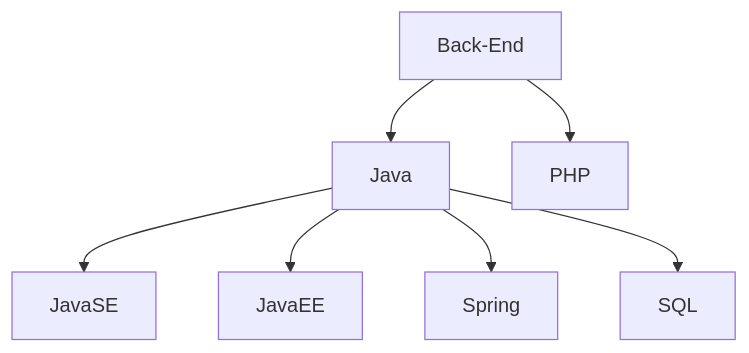
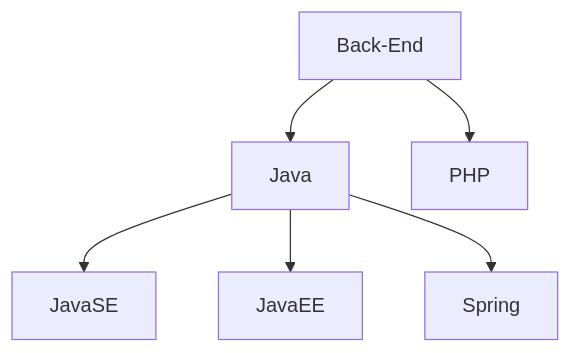
Before and after one commit to Victor-A-P/Victor-A-P: the third of 4 diagrams in README.md, drawn with Mermaid. The commit also changed other lines of this file, not shown here.

````diff
--- a/README.md
+++ b/README.md
@@ -136,10 +153,10 @@
 ```mermaid
 graph TD;
     Back-End-->Java;
    
     Back-End-->PHP;
     Java-->JavaSE;
     Java-->JavaEE;
     Java-->Spring;
-    Java-->SQL;
+
 ```
````
